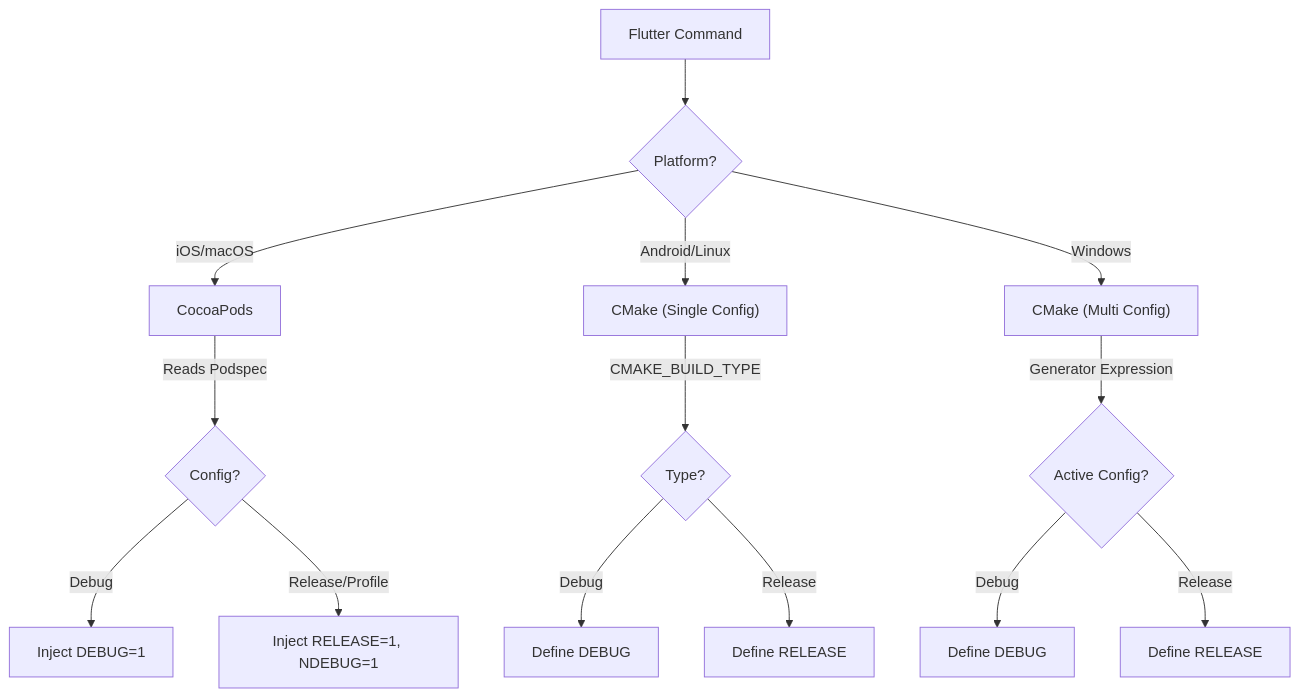
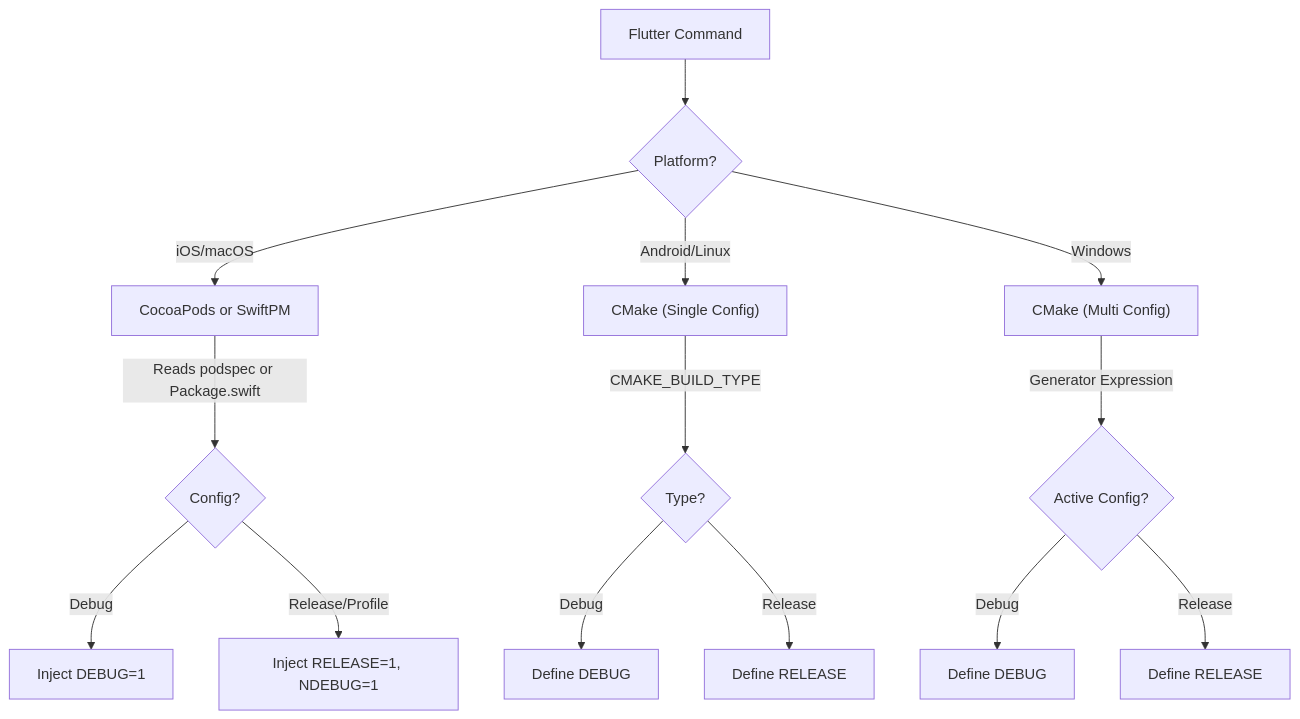
One commit to agus-works/agus-maps-flutter changed the diagram in doc/BUILD-CONFIGURATION.md. Above: the diagram before and after it, drawn with Mermaid. The commit also changed other lines of this file and 24 other files, not shown here.

````diff
--- a/doc/BUILD-CONFIGURATION.md
+++ b/doc/BUILD-CONFIGURATION.md
@@ -125,18 +133,18 @@
 ```mermaid
 flowchart TD
     A["Flutter Command"] --> B{"Platform?"}
-    B -- "iOS/macOS" --> C["CocoaPods"]
-    C -->|"Reads Podspec"| D{"Config?"}
+    B -- "iOS/macOS" --> C["CocoaPods or SwiftPM"]
+    C -->|"Reads podspec or Package.swift"| D{"Config?"}
     D -- Debug --> E["Inject DEBUG=1"]
     D -- "Release/Profile" --> F["Inject RELEASE=1, NDEBUG=1"]
     
     B -- "Android/Linux" --> G["CMake (Single Config)"]
     G -->|CMAKE_BUILD_TYPE| H{"Type?"}
     H -- Debug --> I["Define DEBUG"]
     H -- Release --> J["Define RELEASE"]
     
     B -- Windows --> K["CMake (Multi Config)"]
     K -->|"Generator Expression"| L{"Active Config?"}
     L -- Debug --> M["Define DEBUG"]
     L -- Release --> N["Define RELEASE"]
 ```
````
